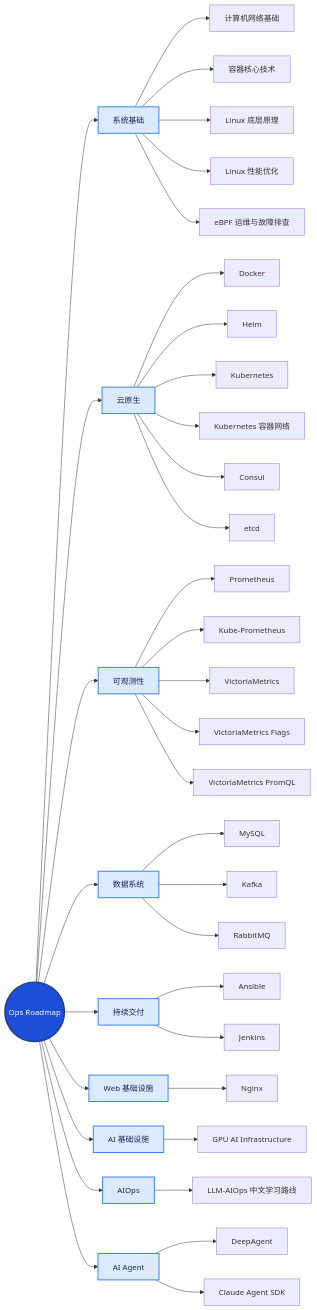
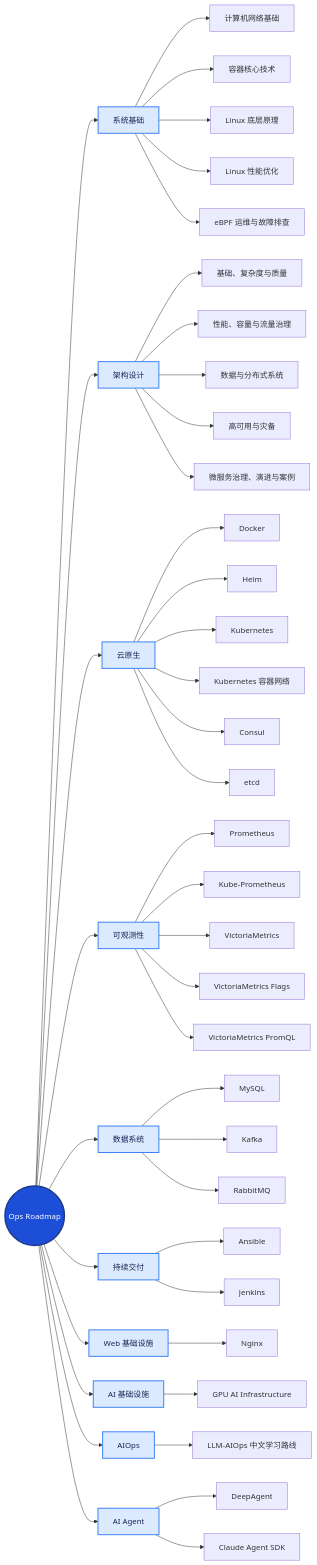
Before and after one commit to luozijian1990/ops-roadmap: the diagram in roadmap.md, drawn with Mermaid. The commit also changed 15 other files, not shown here.

Commit message:
feat: add operations architecture learning topic

````diff
--- a/roadmap.md
+++ b/roadmap.md
@@ -5,53 +5,60 @@
 ```mermaid
 flowchart LR
   root((Ops Roadmap))
 
   root --> systems[系统基础]
   systems --> network[计算机网络基础]
   systems --> container[容器核心技术]
   systems --> linux[Linux 底层原理]
   systems --> linuxPerformance[Linux 性能优化]
   systems --> ebpf[eBPF 运维与故障排查]
+
+  root --> architecture[架构设计]
+  architecture --> architectureFoundations[基础、复杂度与质量]
+  architecture --> architecturePerformance[性能、容量与流量治理]
+  architecture --> architectureDistributed[数据与分布式系统]
+  architecture --> architectureReliability[高可用与灾备]
+  architecture --> architectureEvolution[微服务治理、演进与案例]
 
   root --> cloudNative[云原生]
   cloudNative --> docker[Docker]
   cloudNative --> helm[Helm]
   cloudNative --> kubernetes[Kubernetes]
   cloudNative --> kubernetesNetworking[Kubernetes 容器网络]
   cloudNative --> consul[Consul]
   cloudNative --> etcd[etcd]
 
   root --> observability[可观测性]
   observability --> prometheus[Prometheus]
   observability --> kubePrometheus[Kube-Prometheus]
   observability --> victoriaMetrics[VictoriaMetrics]
   observability --> victoriaMetricsFlags[VictoriaMetrics Flags]
   observability --> victoriaMetricsPromql[VictoriaMetrics PromQL]
 
   root --> dataSystems[数据系统]
   dataSystems --> mysql[MySQL]
   dataSystems --> kafka[Kafka]
   dataSystems --> rabbitmq[RabbitMQ]
 
   root --> delivery[持续交付]
   delivery --> ansible[Ansible]
   delivery --> jenkins[Jenkins]
 
   root --> webInfra[Web 基础设施]
   webInfra --> nginx[Nginx]
 
   root --> aiInfra[AI 基础设施]
   aiInfra --> gpu[GPU AI Infrastructure]
 
   root --> aiops[AIOps]
   aiops --> llmAiops[LLM-AIOps 中文学习路线]
 
   root --> aiAgent[AI Agent]
   aiAgent --> deepAgent[DeepAgent]
   aiAgent --> claudeAgentSdk[Claude Agent SDK]
 
   classDef rootNode fill:#1d4ed8,stroke:#1e3a8a,color:#ffffff,stroke-width:3px
   classDef categoryNode fill:#dbeafe,stroke:#3b82f6,color:#172554,stroke-width:2px
   class root rootNode
-  class systems,cloudNative,observability,dataSystems,delivery,webInfra,aiInfra,aiops,aiAgent categoryNode
+  class systems,architecture,cloudNative,observability,dataSystems,delivery,webInfra,aiInfra,aiops,aiAgent categoryNode
 ```
````
